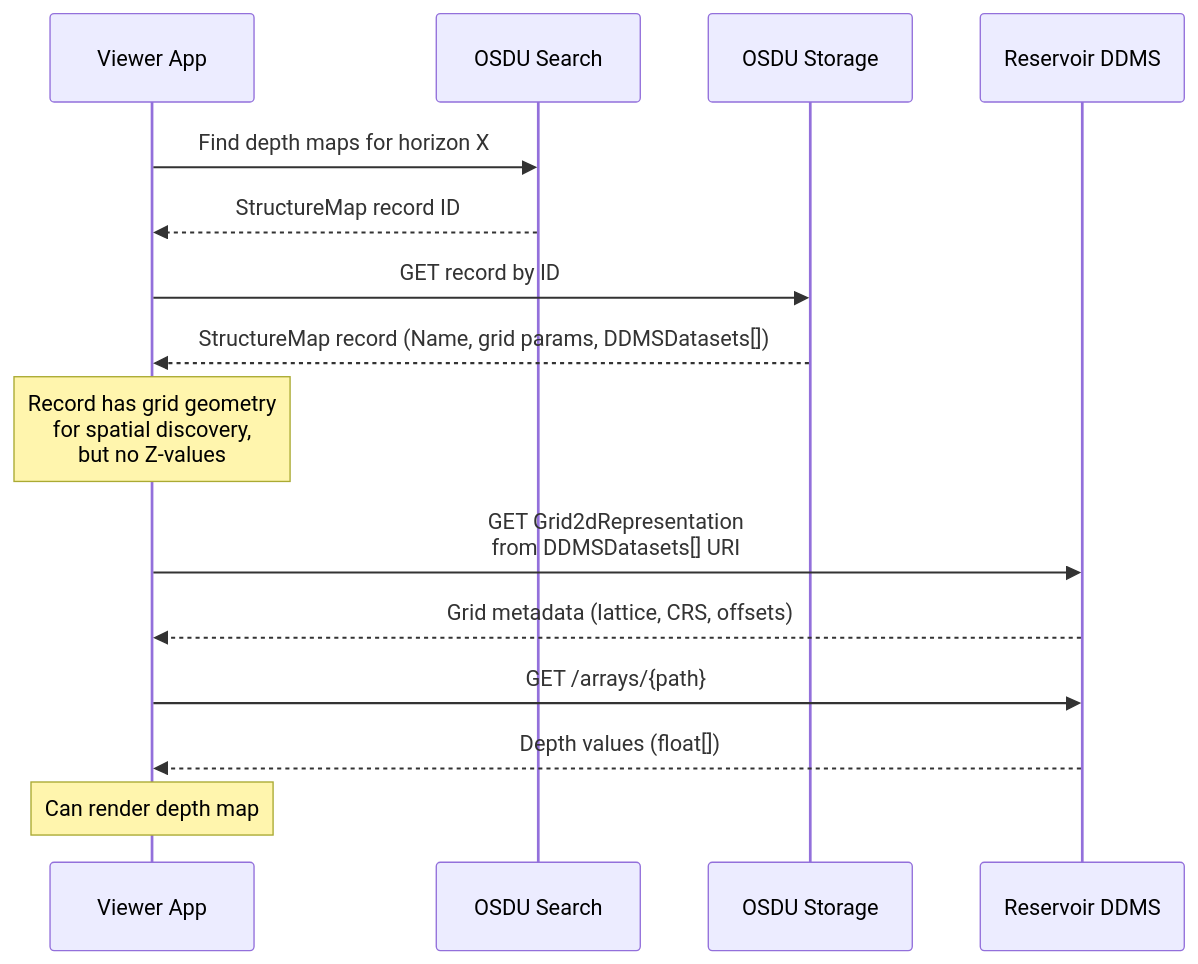
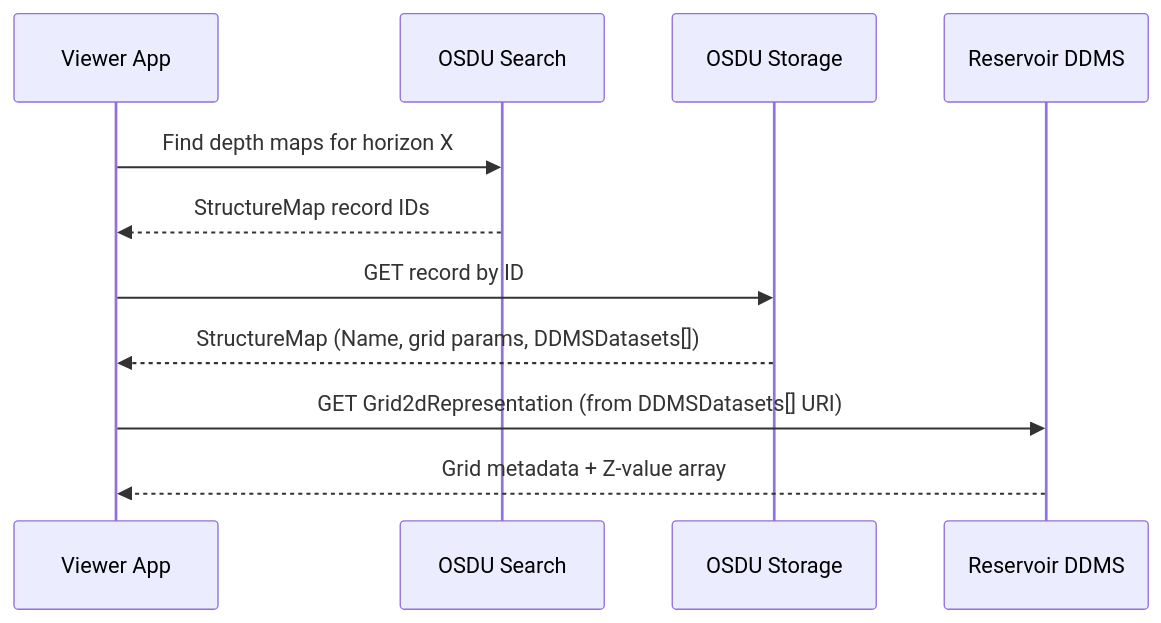
Before and after one commit to marcusapel/ores: the eighth of 8 diagrams in md/SeisInt.md, drawn with Mermaid. The commit also changed other lines of this file and 22 other files, not shown here.

````diff
--- a/md/SeisInt.md
+++ b/md/SeisInt.md
@@ -294,18 +412,14 @@
 ```mermaid
 sequenceDiagram
     participant App as Viewer App
     participant Search as OSDU Search
     participant Storage as OSDU Storage
     participant RDDMS as Reservoir DDMS
 
     App->>Search: Find depth maps for horizon X
-    Search-->>App: StructureMap record ID
+    Search-->>App: StructureMap record IDs
     App->>Storage: GET record by ID
-    Storage-->>App: StructureMap record (Name, grid params, DDMSDatasets[])
-    Note over App: Record has grid geometry<br/>for spatial discovery,<br/>but no Z-values
-    App->>RDDMS: GET Grid2dRepresentation<br/>from DDMSDatasets[] URI
-    RDDMS-->>App: Grid metadata (lattice, CRS, offsets)
-    App->>RDDMS: GET /arrays/{path}
-    RDDMS-->>App: Depth values (float[])
-    Note over App: Can render depth map
+    Storage-->>App: StructureMap (Name, grid params, DDMSDatasets[])
+    App->>RDDMS: GET Grid2dRepresentation (from DDMSDatasets[] URI)
+    RDDMS-->>App: Grid metadata + Z-value array
 ```
````
